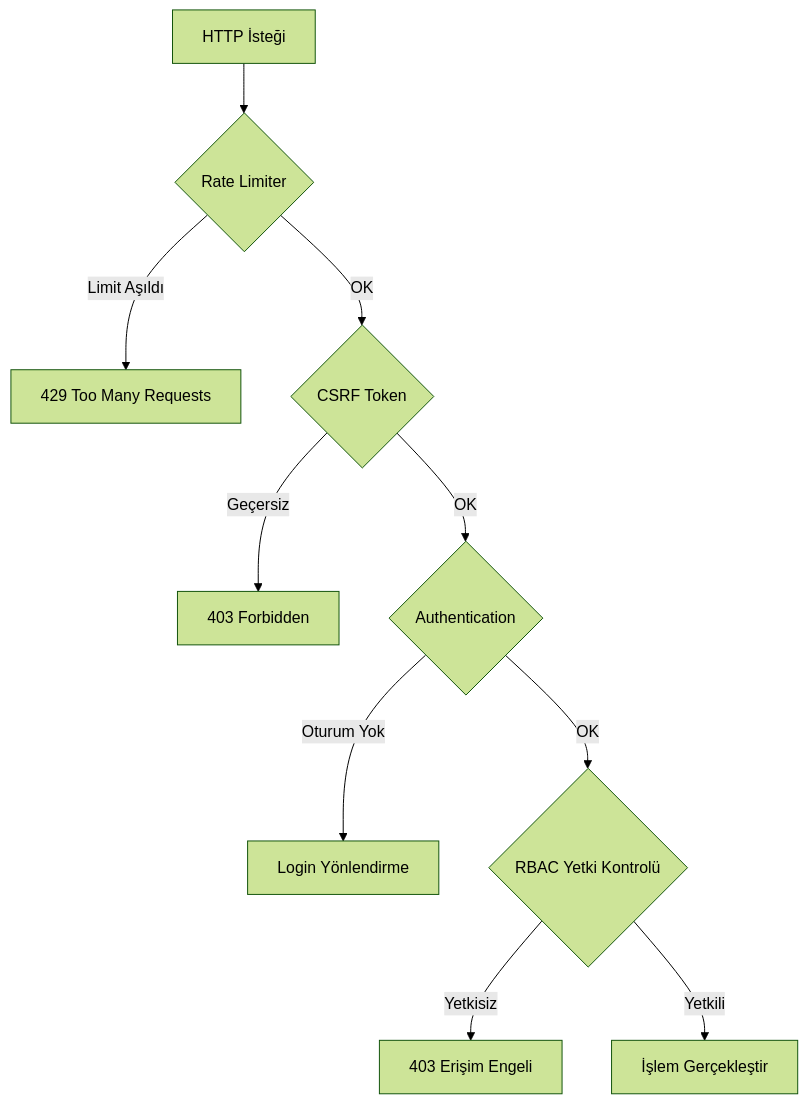
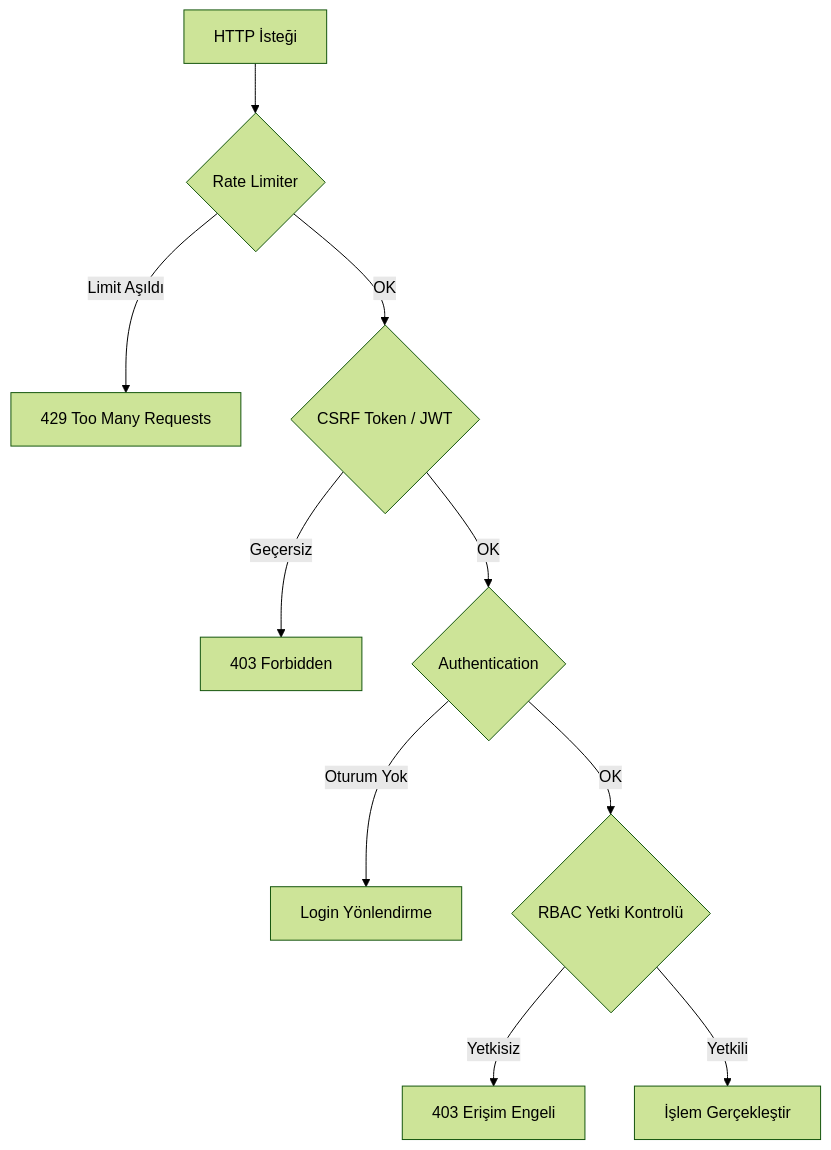
One commit to Scryne/FabrikaOS changed the fourth of 5 diagrams in README.md. Above: the diagram before and after it, drawn with Mermaid (forest theme). The commit also changed other lines of this file and 14581 other files, not shown here.

````diff
--- a/README.md
+++ b/README.md
@@ -414,12 +520,12 @@
 ```mermaid
 graph TD
     A[HTTP İsteği] --> B{Rate Limiter}
     B -->|Limit Aşıldı| C[429 Too Many Requests]
-    B -->|OK| D{CSRF Token}
+    B -->|OK| D{CSRF Token / JWT}
     D -->|Geçersiz| E[403 Forbidden]
     D -->|OK| F{Authentication}
     F -->|Oturum Yok| G[Login Yönlendirme]
     F -->|OK| H{RBAC Yetki Kontrolü}
     H -->|Yetkisiz| I[403 Erişim Engeli]
     H -->|Yetkili| J[İşlem Gerçekleştir]
 ```
````
